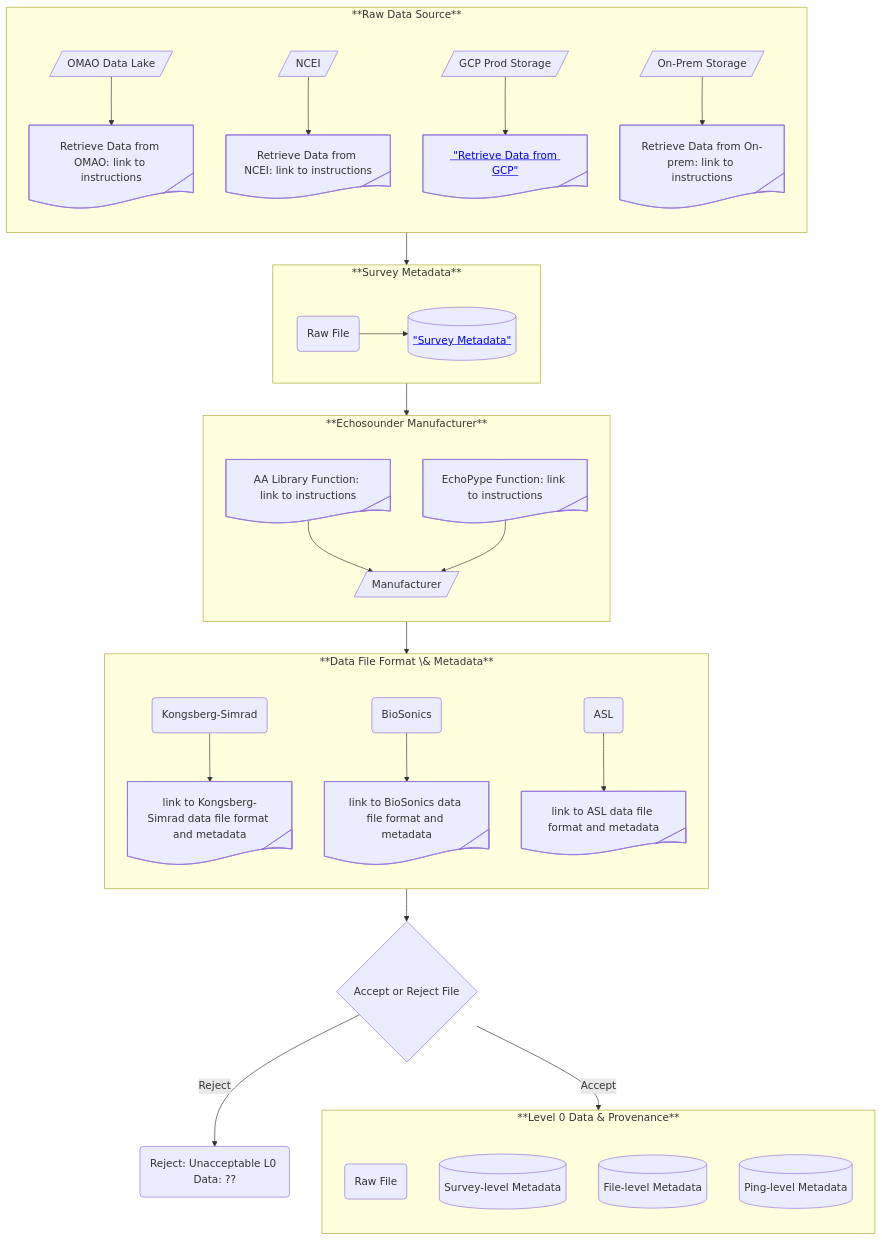
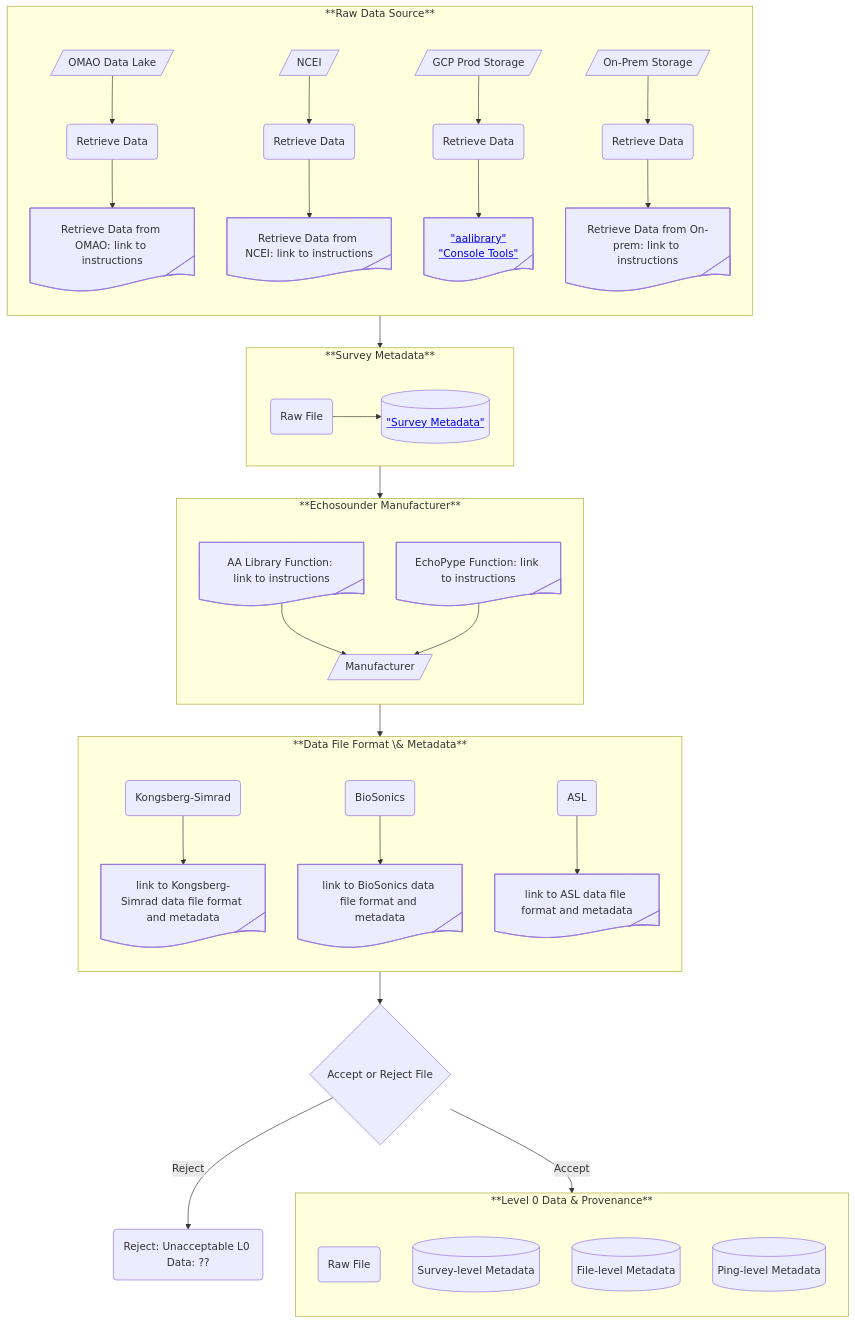
The first of 5 diagrams in README.md (nmfs-ost/AA-SI_DataRoadMap), drawn with Mermaid before and after one commit.

Commit message:
Refactor data source flowchart in README

````diff
--- a/README.md
+++ b/README.md
@@ -77,45 +77,45 @@
 ```mermaid
 ---
 config:
     flowchart:
         subGraphTitleMargin:
             "bottom": 30
 ---
 flowchart TB
     subgraph SG_L0_DataSource["**Raw Data Source**"]
         direction TB
-        node_L0_SrcOMAO@{shape: lean-r, label: "OMAO Data Lake"} --> node_L0_OMAO@{ shape: tag-doc, label: "Retrieve Data from OMAO: link to instructions" }
-        node_L0_SrcNCEI@{shape: lean-r, label: "NCEI"} --> node_L0_NCEI@{ shape: tag-doc, label: "Retrieve Data from NCEI: link to instructions" }
-        node_L0_SrcGCP@{shape: lean-r, label: "GCP Prod Storage"} --> node_L0_GCP@{ shape: tag-doc, label: <a href="https://nmfs-ost.github.io/AA-SI_aalibrary/documentation/aalibrary"> "Retrieve Data from GCP"</a> }
-        node_L0_SrcOP@{shape: lean-r, label: "On-Prem Storage"} --> node_L0_OP@{ shape: tag-doc, label: "Retrieve Data from On-prem: link to instructions" }
+        node_L0_SrcOMAO@{shape: lean-r, label: "OMAO Data Lake"} --> node_L0_RDOMAO@{ shape: rounded, label: "Retrieve Data" } --> node_L0_OMAO@{ shape: tag-doc, label: "Retrieve Data from OMAO: link to instructions" }
+        node_L0_SrcNCEI@{shape: lean-r, label: "NCEI"} --> node_L0_RDNCEI@{ shape: rounded, label: "Retrieve Data" } --> node_L0_NCEI@{ shape: tag-doc, label: "Retrieve Data from NCEI: link to instructions" }
+        node_L0_SrcGCP@{shape: lean-r, label: "GCP Prod Storage"} --> node_L0_RDGCP@{ shape: rounded, label: "Retrieve Data" } --> node_L0_GCP@{ shape: tag-doc, label: <a href="https://nmfs-ost.github.io/AA-SI_aalibrary/documentation/aalibrary"> "aalibrary"</a><br> <a href="https://github.com/nmfs-ost/AA-SI_ConsoleTools"> "Console Tools" </a> }
+        node_L0_SrcOP@{shape: lean-r, label: "On-Prem Storage"} --> node_L0_RDOP@{ shape: rounded, label: "Retrieve Data" } --> node_L0_OP@{ shape: tag-doc, label: "Retrieve Data from On-prem: link to instructions" }
         %%style node_SrcOMAO color:blue
     end
     subgraph SG_L0_SurveyMetaData["**Survey Metadata**"]
         direction LR
         node_L0_RF@{ shape: rounded, label: "Raw File" } --> node_L0_SMD@{ shape: database, label: <a href="https://console.cloud.google.com/bigquery?referrer=search&hl=en&invt=AbuwBQ&project=ggn-nmfs-aa-prod-1&rapt=AEjHL4OlTXzJnY9sYCgfXyE2O-JiDhka0a7L5x-wbqt9b1oGX4FYsSypa0yHTreTWIObb16IvbSrulruSRbU7J1RMJ_6Aw5owoIpWqU-wEbjaa8NZEvOt7A"> "Survey Metadata" </a> }
     end
     subgraph SG_L0_ESManufacturer["**Echosounder Manufacturer**"]
         direction TB
         node_L0_AL1@{shape: tag-doc, label: "AA Library Function: link to instructions"} --> node_L0_Man@{ shape: lean-r, label: "Manufacturer" }
         node_L0_AL2@{shape: tag-doc, label: "EchoPype Function: link to instructions"} --> node_L0_Man
     end
     subgraph SG_L0_ESMetaData["**Data File Format \& Metadata**"]
         direction TB
         node_L0_KS@{ shape: rounded, label: "Kongsberg-Simrad" } --> node_L0_KSMD@{ shape: tag-doc, label: "link to Kongsberg-Simrad data file format and metadata" }
         node_L0_BS@{ shape: rounded, label: "BioSonics" } --> node_L0_BSMD@{ shape: tag-doc, label: "link to BioSonics data file format and metadata" }
         node_L0_ASL@{ shape: rounded, label: "ASL" } --> node_L0_ASLMD@{ shape: tag-doc, label: "link to ASL data file format and metadata" }
     end
     subgraph SG_L0_Data["**Level 0 Data & Provenance**"]
         direction TB
         node_L0_RD@{ shape: rounded, label: "Raw File" }
         node_L0_SLMD@{ shape: database, label: "Survey-level Metadata" }
         node_L0_FLMD@{ shape: database, label: "File-level Metadata" }
         node_L0_PLMD@{ shape: database, label: "Ping-level Metadata" }
     end
     SG_L0_DataSource --> SG_L0_SurveyMetaData
     SG_L0_SurveyMetaData --> SG_L0_ESManufacturer
     SG_L0_ESManufacturer --> SG_L0_ESMetaData
     SG_L0_ESMetaData --> node_AcceptReject@{ shape: diamond, label: "Accept or Reject File" }
     node_AcceptReject --> |Accept| SG_L0_Data
     node_AcceptReject --> |Reject| node_Reject_L0@{ shape: rounded, label: "Reject: Unacceptable L0 Data: ??" }
 ```
````
